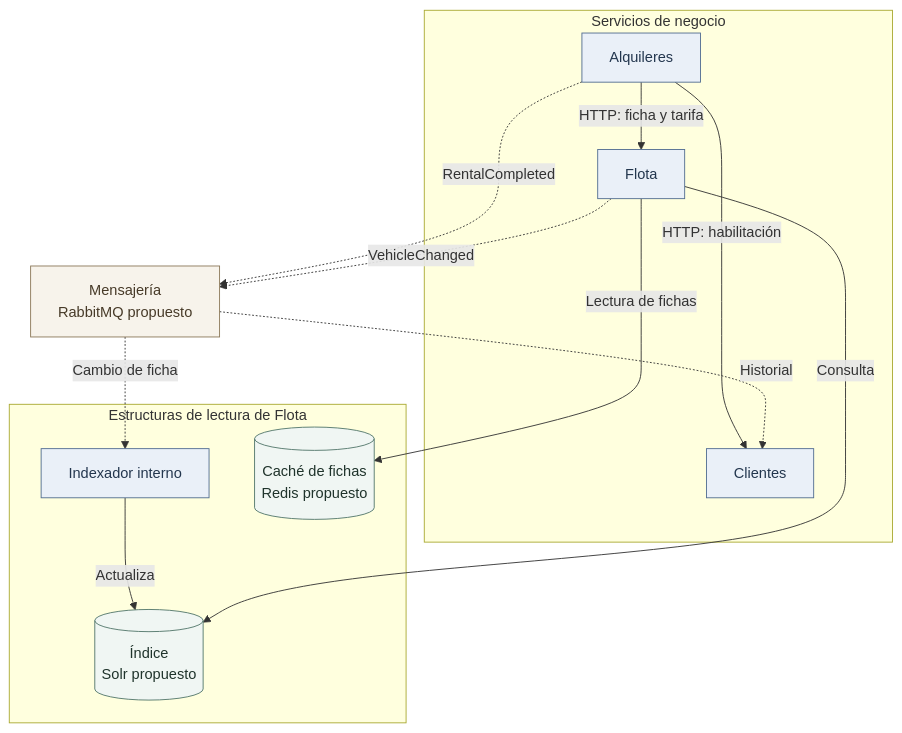
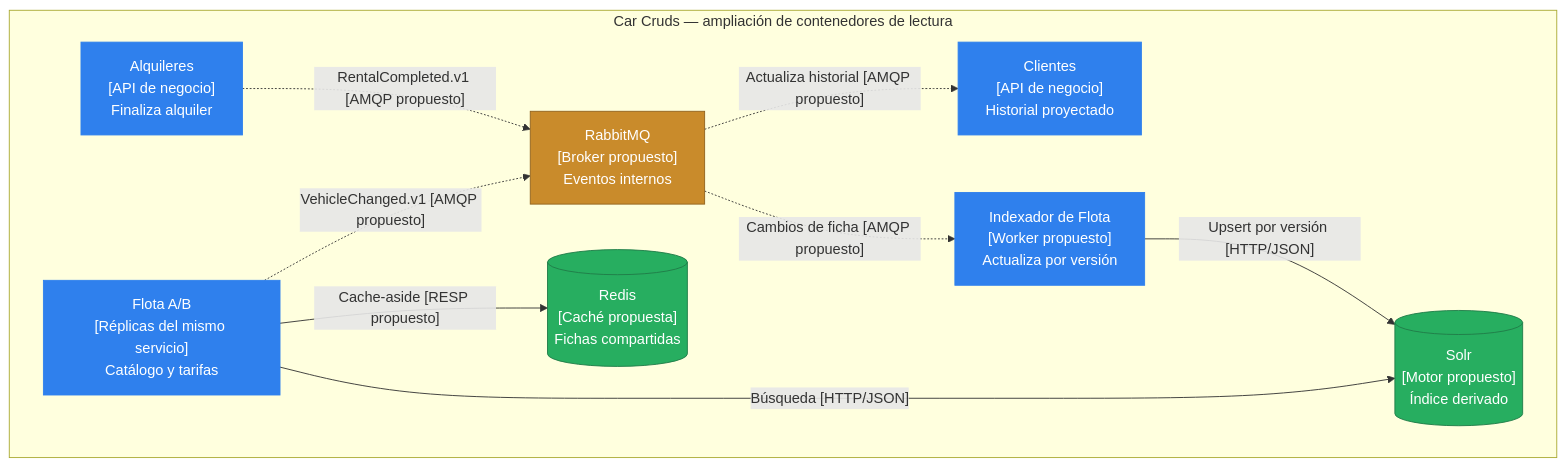
Before and after one commit to Gerpeirone/Car-Cruds: the third of 4 diagrams in docs/ARCHITECTURE.md, drawn with Mermaid. The commit also changed other lines of this file and 38 other files, not shown here.

````diff
--- a/docs/ARCHITECTURE.md
+++ b/docs/ARCHITECTURE.md
@@ -179,29 +120,25 @@
 ```mermaid
 flowchart TB
-    subgraph Services["Servicios de negocio"]
-        Rentals["Alquileres"]
-        Customers["Clientes"]
-        Fleet["Flota"]
+    subgraph System["Car Cruds — ampliación de contenedores de lectura"]
+        Rentals["Alquileres<br/>[API de negocio]<br/>Finaliza alquiler"]
+        Customers["Clientes<br/>[API de negocio]<br/>Historial proyectado"]
+        Fleet["Flota A/B<br/>[Réplicas del mismo servicio]<br/>Catálogo y tarifas"]
+        Broker["RabbitMQ<br/>[Broker propuesto]<br/>Eventos internos"]
+        Indexer["Indexador de Flota<br/>[Worker propuesto]<br/>Actualiza por versión"]
+        Search[("Solr<br/>[Motor propuesto]<br/>Índice derivado")]
+        Cache[("Redis<br/>[Caché propuesta]<br/>Fichas compartidas")]
+        Rentals -.->|"RentalCompleted.v1 [AMQP propuesto]"| Broker
+        Fleet -.->|"VehicleChanged.v1 [AMQP propuesto]"| Broker
+        Broker -.->|"Actualiza historial [AMQP propuesto]"| Customers
+        Broker -.->|"Cambios de ficha [AMQP propuesto]"| Indexer
+        Indexer -->|"Upsert por versión [HTTP/JSON]"| Search
+        Fleet -->|"Búsqueda [HTTP/JSON]"| Search
+        Fleet -->|"Cache-aside [RESP propuesto]"| Cache
     end
-    Broker["Mensajería<br/>RabbitMQ propuesto"]
-    subgraph Reading["Estructuras de lectura de Flota"]
-        Indexer["Indexador interno"]
-        Search[("Índice<br/>Solr propuesto")]
-        Cache[("Caché de fichas<br/>Redis propuesto")]
-    end
-    Rentals -->|HTTP: habilitación| Customers
-    Rentals -->|HTTP: ficha y tarifa| Fleet
-    Rentals -.->|RentalCompleted| Broker
-    Fleet -.->|VehicleChanged| Broker
-    Broker -.->|Historial| Customers
-    Broker -.->|Cambio de ficha| Indexer
-    Indexer -->|Actualiza| Search
-    Fleet -->|Consulta| Search
-    Fleet -->|Lectura de fichas| Cache
-    classDef app fill:#eaf0f8,stroke:#526d91,color:#23364e
-    classDef data fill:#f0f6f3,stroke:#52776a,color:#1f332b
-    classDef support fill:#f7f3eb,stroke:#8c795b,color:#473a28
-    class Rentals,Customers,Fleet,Indexer app
-    class Search,Cache data
-    class Broker support
+    classDef app fill:#2f80ed,color:#ffffff,stroke:#2f80ed;
+    classDef data fill:#27ae60,color:#ffffff,stroke:#207c48;
+    classDef support fill:#c98b2b,color:#ffffff,stroke:#91631e;
+    class Rentals,Customers,Fleet,Indexer app;
+    class Search,Cache data;
+    class Broker support;
 ```
````
